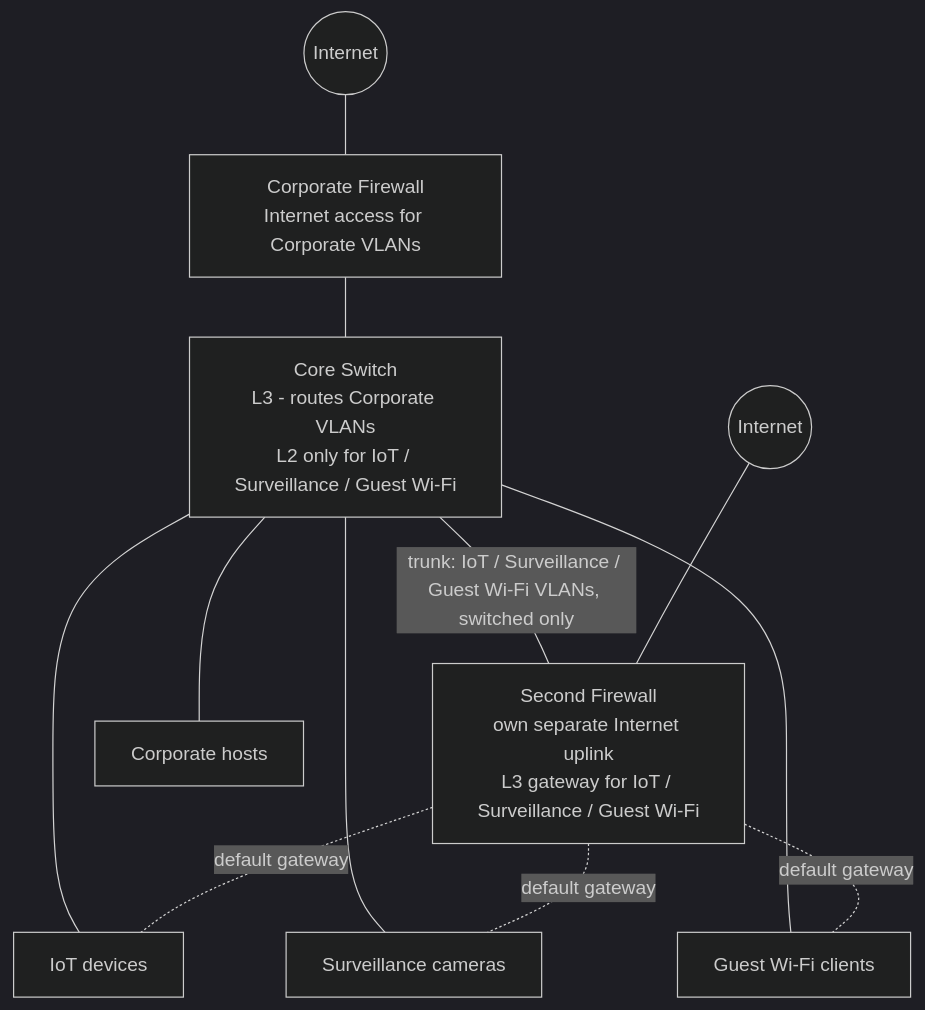
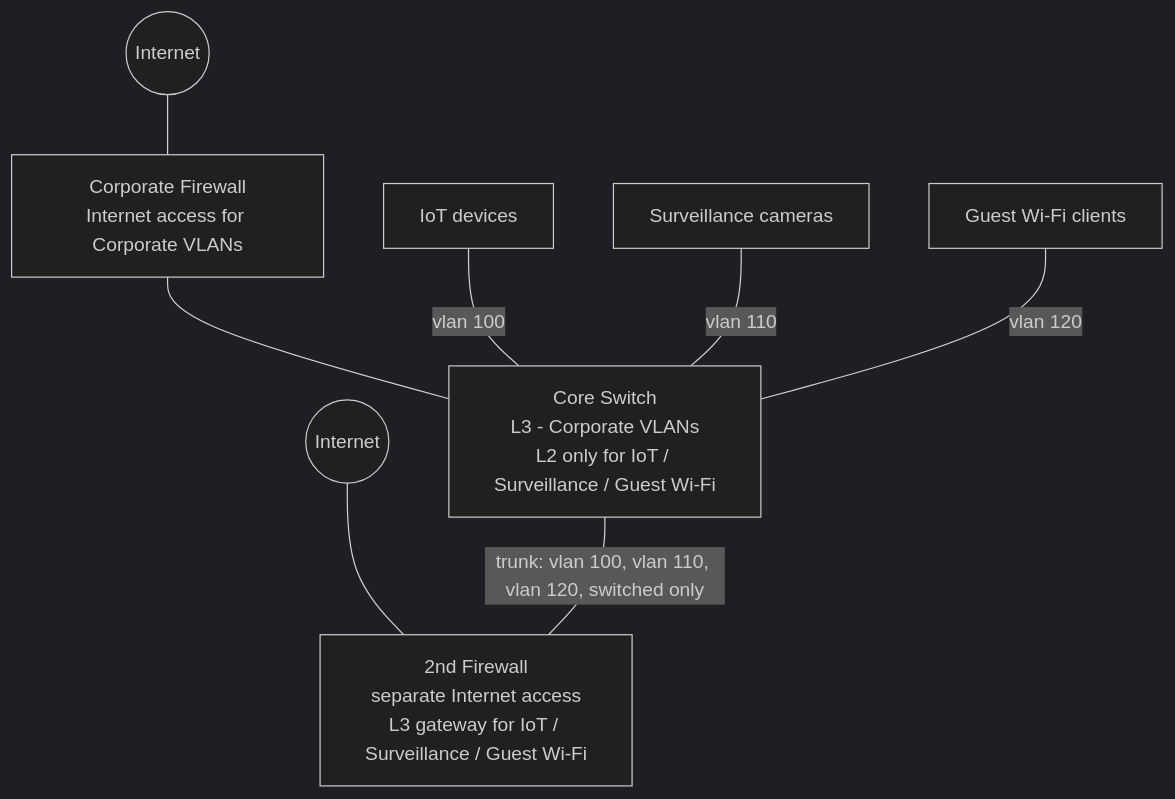
The diagram in docs/helper-scripts/port-maps.md (rikosintie/Discovery), drawn with Mermaid (dark theme) before and after one commit. The commit also changed other lines of this file, not shown here.

````diff
--- a/docs/helper-scripts/port-maps.md
+++ b/docs/helper-scripts/port-maps.md
@@ -116,29 +124,25 @@
 ```mermaid
 flowchart TB
     INET1(("Internet"))
     INET2(("Internet"))
 
     FW1["Corporate Firewall<br/>Internet access for Corporate VLANs"]
-    CORE["Core Switch<br/>L3 - routes Corporate VLANs<br/>L2 only for IoT / Surveillance / Guest Wi-Fi"]
-    FW2["Second Firewall<br/>own separate Internet uplink<br/>L3 gateway for IoT / Surveillance / Guest Wi-Fi"]
+    CORE["Core Switch<br/>L3 - Corporate VLANs<br/>L2 only for IoT / Surveillance / Guest Wi-Fi"]
+    FW2["2nd Firewall<br/>separate Internet access<br/>L3 gateway for IoT / Surveillance / Guest Wi-Fi"]
 
-    CORP["Corporate hosts"]
     IOT["IoT devices"]
     SURV["Surveillance cameras"]
     GUEST["Guest Wi-Fi clients"]
 
     INET1 --- FW1
     FW1 --- CORE
-    CORE --- CORP
+
 
     INET2 --- FW2
-    CORE ---|trunk: IoT / Surveillance / Guest Wi-Fi VLANs, switched only| FW2
+    CORE ---|trunk: vlan 100, vlan 110, vlan 120, switched only| FW2
 
-    IOT --- CORE
-    SURV --- CORE
-    GUEST --- CORE
+    IOT ---|vlan 100| CORE
+    SURV ---|vlan 110| CORE
+    GUEST ---|vlan 120| CORE
 
-    FW2 -.-|default gateway| IOT
-    FW2 -.-|default gateway| SURV
-    FW2 -.-|default gateway| GUEST
 ```
````
